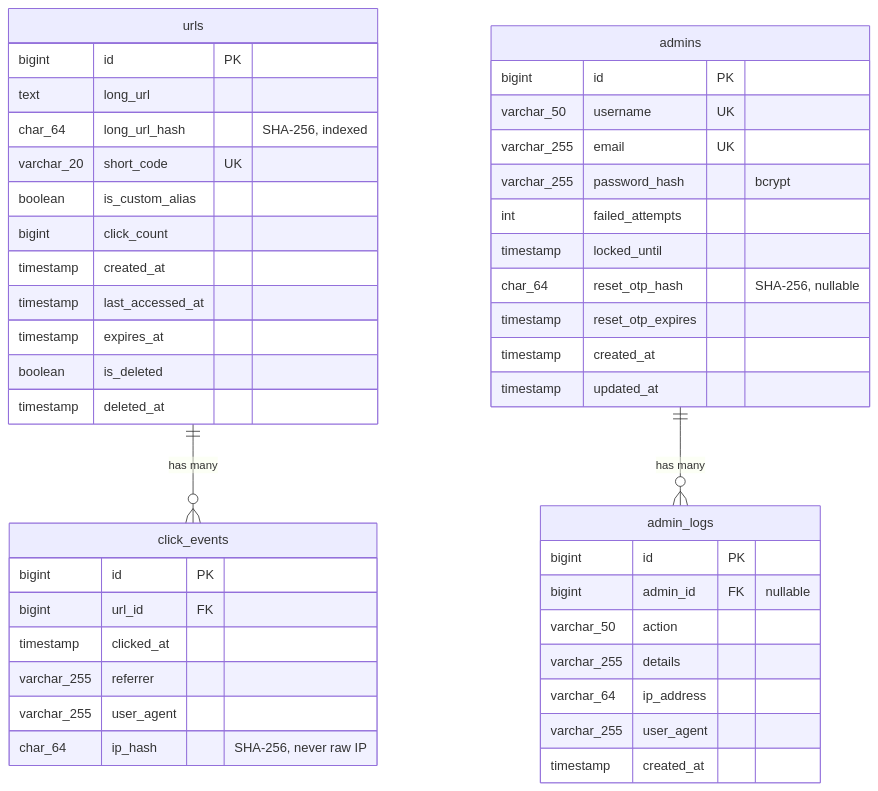
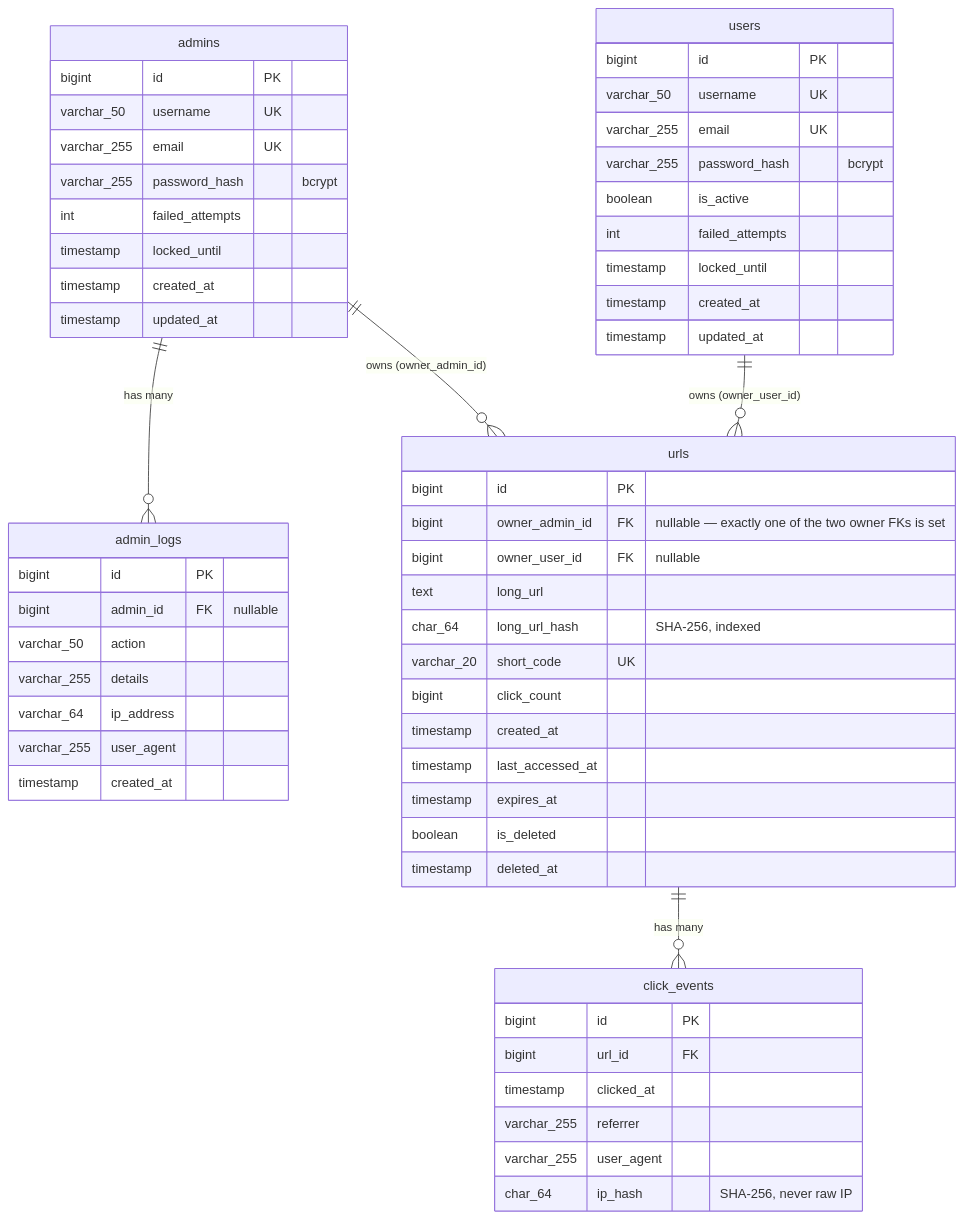
Before and after one commit to dipakpm59/url-shortener: the diagram in docs/DATABASE.md, drawn with Mermaid. The commit also changed other lines of this file and 10 other files, not shown here.

````diff
--- a/docs/DATABASE.md
+++ b/docs/DATABASE.md
@@ -7,51 +7,64 @@
 ```mermaid
 erDiagram
     urls ||--o{ click_events : "has many"
     admins ||--o{ admin_logs : "has many"
+    admins ||--o{ urls : "owns (owner_admin_id)"
+    users ||--o{ urls : "owns (owner_user_id)"
 
     urls {
         bigint id PK
+        bigint owner_admin_id FK "nullable — exactly one of the two owner FKs is set"
+        bigint owner_user_id FK "nullable"
         text long_url
         char_64 long_url_hash "SHA-256, indexed"
         varchar_20 short_code UK
-        boolean is_custom_alias
         bigint click_count
         timestamp created_at
         timestamp last_accessed_at
         timestamp expires_at
         boolean is_deleted
         timestamp deleted_at
     }
 
     click_events {
         bigint id PK
         bigint url_id FK
         timestamp clicked_at
         varchar_255 referrer
         varchar_255 user_agent
         char_64 ip_hash "SHA-256, never raw IP"
     }
 
     admins {
         bigint id PK
         varchar_50 username UK
         varchar_255 email UK
         varchar_255 password_hash "bcrypt"
         int failed_attempts
         timestamp locked_until
-        char_64 reset_otp_hash "SHA-256, nullable"
-        timestamp reset_otp_expires
+        timestamp created_at
+        timestamp updated_at
+    }
+
+    users {
+        bigint id PK
+        varchar_50 username UK
+        varchar_255 email UK
+        varchar_255 password_hash "bcrypt"
+        boolean is_active
+        int failed_attempts
+        timestamp locked_until
         timestamp created_at
         timestamp updated_at
     }
 
     admin_logs {
         bigint id PK
         bigint admin_id FK "nullable"
         varchar_50 action
         varchar_255 details
         varchar_64 ip_address
         varchar_255 user_agent
         timestamp created_at
     }
 ```
````
